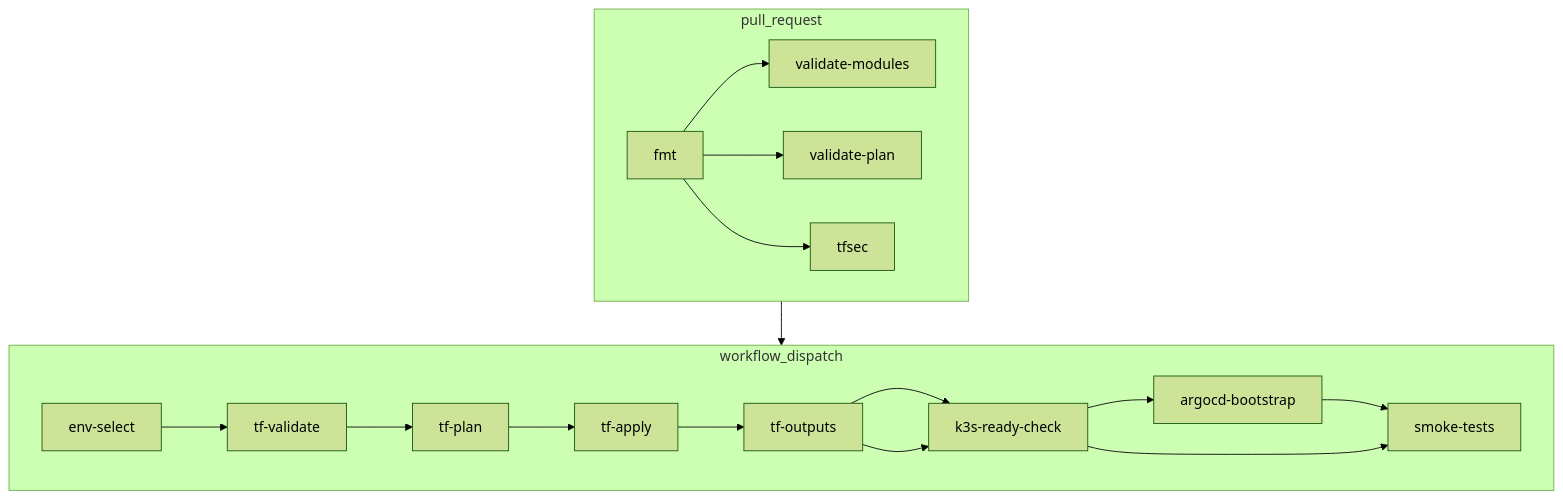
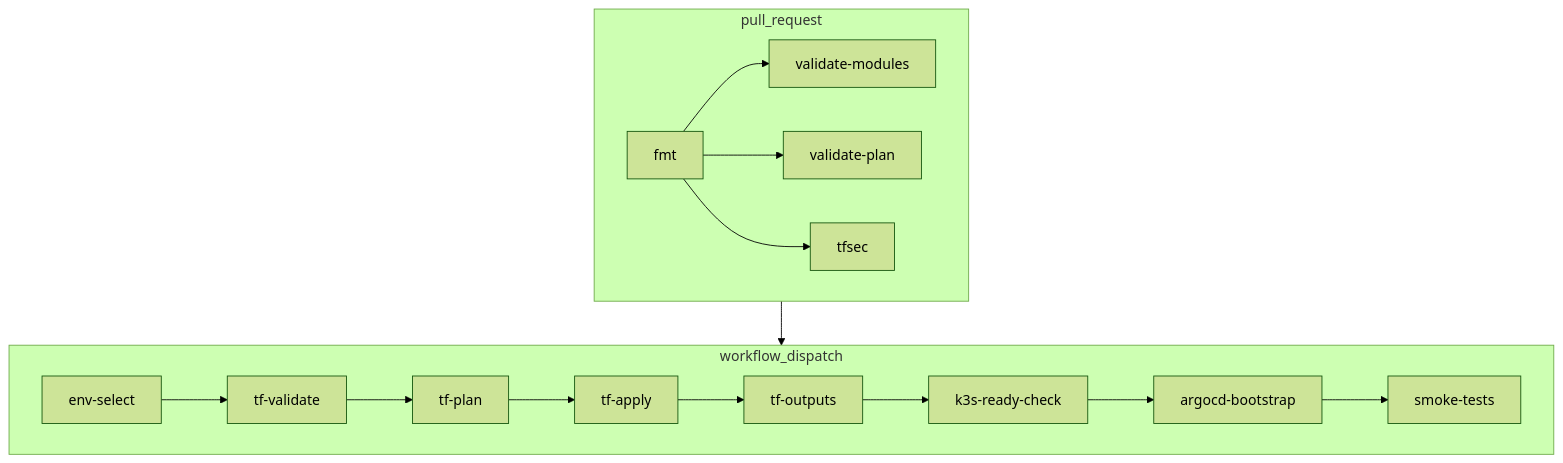
One commit to ClementV78/CloudRadar changed the diagram in docs/runbooks/ci-infra.md. Above: the diagram before and after it, drawn with Mermaid (forest theme). The commit also changed other lines of this file and 3 other files, not shown here.

First line of the commit message:
docs(ci): align argocd flow and ami notes

````diff
--- a/docs/runbooks/ci-infra.md
+++ b/docs/runbooks/ci-infra.md
@@ -57,31 +57,28 @@
 ```mermaid
 flowchart TB
   subgraph PR["pull_request"]
     fmt[fmt]
     validate-modules[validate-modules]
     validate-plan[validate-plan]
     tfsec[tfsec]
     fmt --> validate-modules
     fmt --> validate-plan
     fmt --> tfsec
   end
 
   subgraph Dispatch["workflow_dispatch"]
     env-select[env-select]
     tf-validate[tf-validate]
     tf-plan[tf-plan]
     tf-apply[tf-apply]
     tf-outputs[tf-outputs]
     k3s-ready-check[k3s-ready-check]
     argocd-bootstrap[argocd-bootstrap]
     smoke-tests[smoke-tests]
 
     env-select --> tf-validate --> tf-plan --> tf-apply --> tf-outputs
-    tf-outputs --> k3s-ready-check --> argocd-bootstrap
-    tf-outputs --> k3s-ready-check
-    argocd-bootstrap --> smoke-tests
-    k3s-ready-check --> smoke-tests
+    tf-outputs --> k3s-ready-check --> argocd-bootstrap --> smoke-tests
   end
 
   PR --> Dispatch
 ```
````
